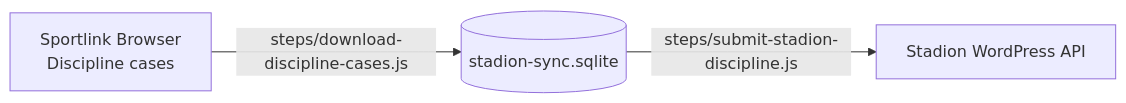
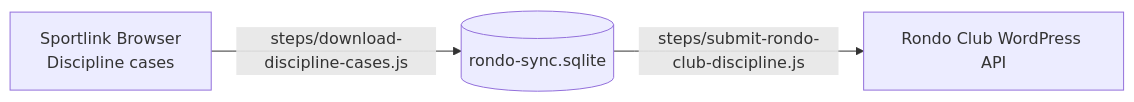
The seventh of 8 diagrams in docs/sync-architecture.md (jdevalk/sportlink-sync), drawn with Mermaid before and after one commit. The commit also changed other lines of this file and 14 other files, not shown here.

First line of the commit message:
docs(04-02): update high-visibility docs from Sportlink Sync to Rondo Sync

````diff
--- a/docs/sync-architecture.md
+++ b/docs/sync-architecture.md
@@ -455,9 +455,9 @@
 ```mermaid
 graph LR
     SL[Sportlink Browser<br>Discipline cases]
-    DB[(stadion-sync.sqlite)]
-    ST[Stadion WordPress API]
+    DB[(rondo-sync.sqlite)]
+    ST[Rondo Club WordPress API]
 
     SL -->|steps/download-discipline-cases.js| DB
-    DB -->|steps/submit-stadion-discipline.js| ST
+    DB -->|steps/submit-rondo-club-discipline.js| ST
 ```
````
